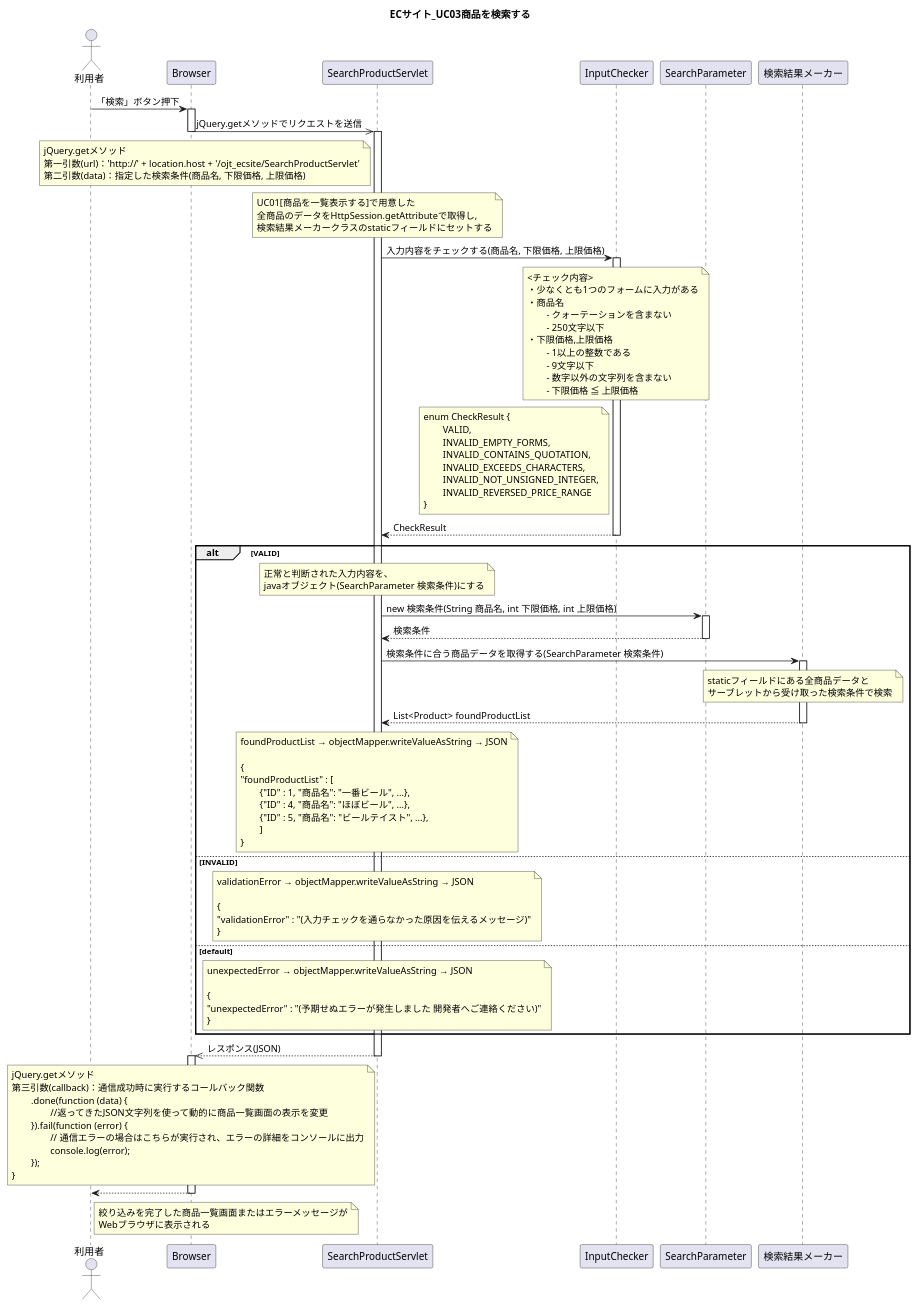
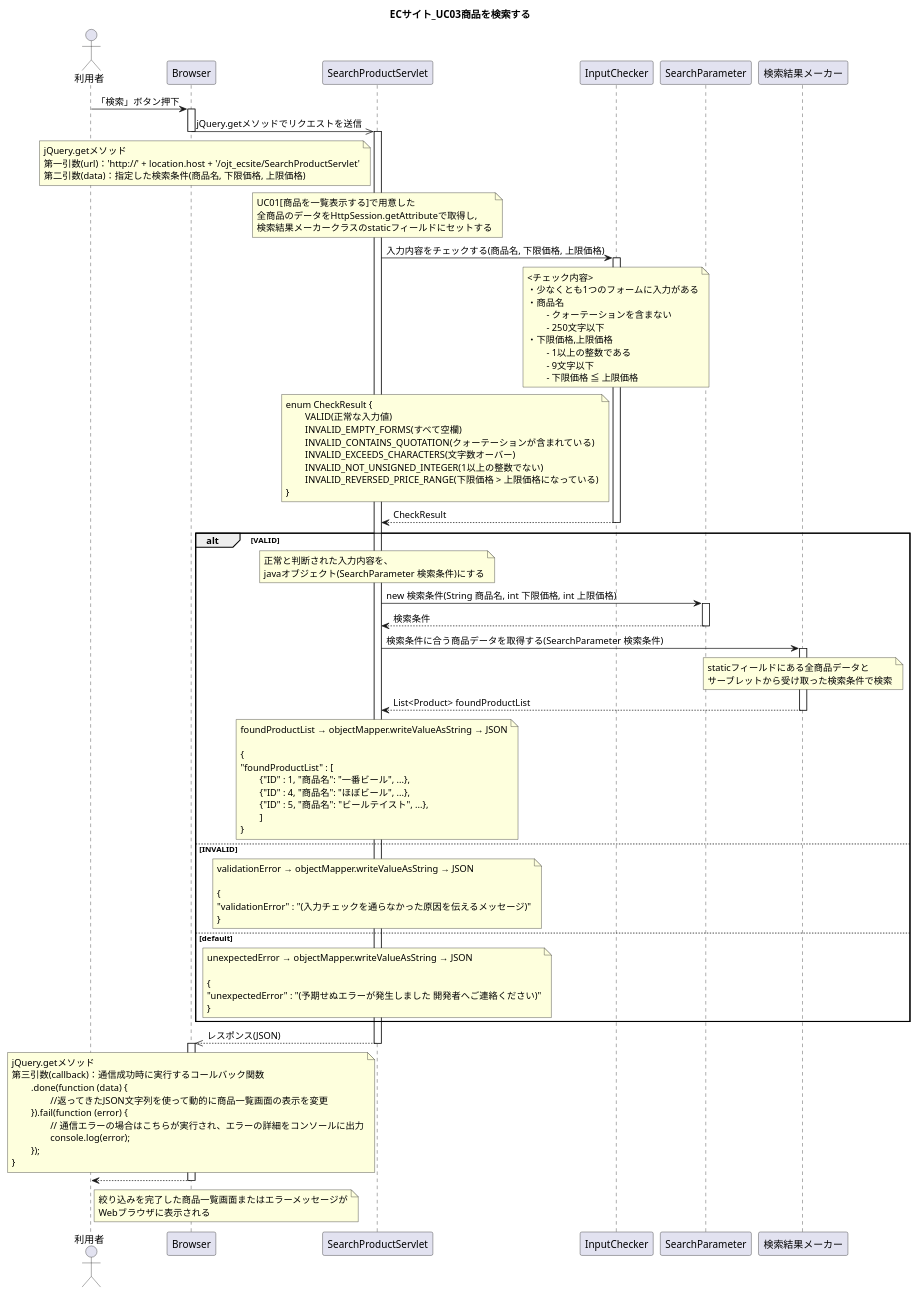
The diagram in UML/Sequence03.puml (wnakayama/ojt_ecsite), drawn with PlantUML before and after one commit. The commit also changed 3 other files, not shown here.

```diff
--- a/UML/Sequence03.puml
+++ b/UML/Sequence03.puml
@@ -1,138 +1,137 @@
 @startuml
 title ECサイト_UC03商品を検索する
 
 actor 利用者
 
 利用者 -> Browser : 「検索」ボタン押下
 activate Browser
 
 Browser ->> SearchProductServlet : jQuery.getメソッドでリクエストを送信
 deactivate Browser
 activate SearchProductServlet
 
 	note left of SearchProductServlet
 	jQuery.getメソッド
 	第一引数(url)：'http://' + location.host + '/ojt_ecsite/SearchProductServlet'
 	第二引数(data)：指定した検索条件(商品名, 下限価格, 上限価格)
 	end note
 
 	note over SearchProductServlet
 	UC01[商品を一覧表示する]で用意した
 	全商品のデータをHttpSession.getAttributeで取得し,
 	検索結果メーカークラスのstaticフィールドにセットする
 	end note
 
 SearchProductServlet -> InputChecker : 入力内容をチェックする(商品名, 下限価格, 上限価格)
 activate InputChecker
 
 	note over InputChecker
 	<チェック内容>
 	・少なくとも1つのフォームに入力がある
 	・商品名
 		- クォーテーションを含まない
 		- 250文字以下
 	・下限価格,上限価格
 		- 1以上の整数である
 		- 9文字以下
-		- 数字以外の文字列を含まない
 		- 下限価格 ≦ 上限価格
 	end note
 
 	note left of InputChecker 
 	enum CheckResult {
-		VALID,
-		INVALID_EMPTY_FORMS,
-		INVALID_CONTAINS_QUOTATION,
-		INVALID_EXCEEDS_CHARACTERS,
-		INVALID_NOT_UNSIGNED_INTEGER,
-		INVALID_REVERSED_PRICE_RANGE
+		VALID(正常な入力値)
+		INVALID_EMPTY_FORMS(すべて空欄)
+		INVALID_CONTAINS_QUOTATION(クォーテーションが含まれている)
+		INVALID_EXCEEDS_CHARACTERS(文字数オーバー)
+		INVALID_NOT_UNSIGNED_INTEGER(1以上の整数でない)
+		INVALID_REVERSED_PRICE_RANGE(下限価格 > 上限価格になっている)
 	}
 	end note
 
 SearchProductServlet <-- InputChecker : CheckResult
 deactivate InputChecker
 
 
 alt VALID
 	
 	note over SearchProductServlet
 	正常と判断された入力内容を、
 	javaオブジェクト(SearchParameter 検索条件)にする
 	end note
 
 SearchProductServlet -> SearchParameter : new 検索条件(String 商品名, int 下限価格, int 上限価格)
 activate SearchParameter
 SearchProductServlet <-- SearchParameter : 検索条件
 deactivate SearchParameter
 
 SearchProductServlet -> 検索結果メーカー : 検索条件に合う商品データを取得する(SearchParameter 検索条件)
 activate 検索結果メーカー
 
 	note over 検索結果メーカー
 	staticフィールドにある全商品データと
 	サーブレットから受け取った検索条件で検索
 	end note
 
 SearchProductServlet <-- 検索結果メーカー : List<Product> foundProductList
 deactivate 検索結果メーカー
 
 	note over SearchProductServlet
 	foundProductList → objectMapper.writeValueAsString → JSON
 
 	{
 	"foundProductList" : [
 		{"ID" : 1, "商品名": "一番ビール", ...},
 		{"ID" : 4, "商品名": "ほぼビール", ...},
 		{"ID" : 5, "商品名": "ビールテイスト", ...},
 		]
 	}
 	end note
 
 else INVALID
 
 	note over SearchProductServlet
 	validationError → objectMapper.writeValueAsString → JSON
 
 	{
 	"validationError" : "(入力チェックを通らなかった原因を伝えるメッセージ)"
 	}
 	end note
 
 else default
 
 	note over SearchProductServlet
 	unexpectedError → objectMapper.writeValueAsString → JSON
 
 	{
 	"unexpectedError" : "(予期せぬエラーが発生しました 開発者へご連絡ください)"
 	}
 	end note
 
 end
 
 Browser <<-- SearchProductServlet : レスポンス(JSON)
 deactivate SearchProductServlet
 activate Browser
 
 	note left of SearchProductServlet
 	jQuery.getメソッド
 	第三引数(callback)：通信成功時に実行するコールバック関数
 		.done(function (data) {
 			//返ってきたJSON文字列を使って動的に商品一覧画面の表示を変更
 		}).fail(function (error) {
 			// 通信エラーの場合はこちらが実行され、エラーの詳細をコンソールに出力
 			console.log(error);
 		});
 	}
 	end note
 
 
 利用者 <-- Browser
 	note right of 利用者
 	絞り込みを完了した商品一覧画面またはエラーメッセージが
 	Webブラウザに表示される
 	end note
 
 deactivate Browser
 
 @enduml
```
